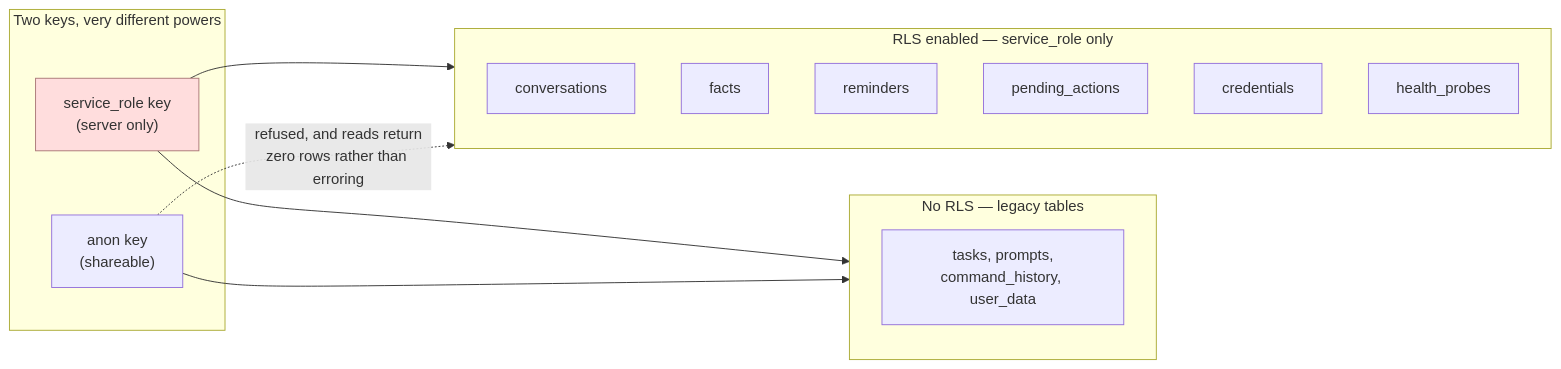
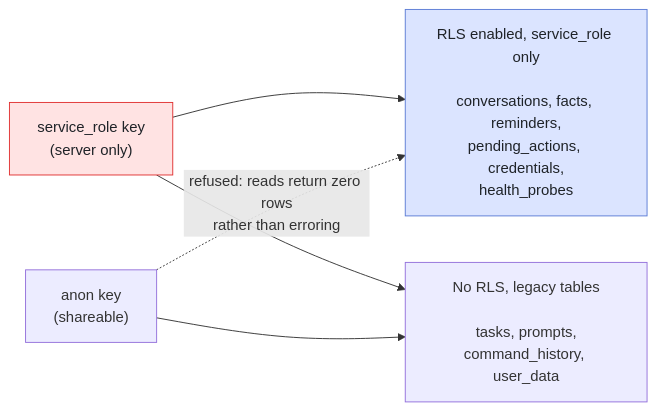
Before and after one commit to e1010101/my-helper: the eighth of 11 diagrams in docs/architecture.md, drawn with Mermaid. The commit also changed other lines of this file and 9 other files, not shown here.

First line of the commit message:
docs: add GitNexus guidance and correct architecture gaps

````diff
--- a/docs/architecture.md
+++ b/docs/architecture.md
@@ -395,28 +391,18 @@
 ```mermaid
 flowchart LR
-    subgraph Keys["Two keys, very different powers"]
-        Service["service_role key<br/>(server only)"]
-        Anon["anon key<br/>(shareable)"]
-    end
+    Service["service_role key<br/>(server only)"]
+    Anon["anon key<br/>(shareable)"]
 
-    subgraph Private["RLS enabled — service_role only"]
-        P1["conversations"]
-        P2["facts"]
-        P3["reminders"]
-        P4["pending_actions"]
-        P5["credentials"]
-        P6["health_probes"]
-    end
-
-    subgraph Open["No RLS — legacy tables"]
-        O1["tasks, prompts,<br/>command_history, user_data"]
-    end
+    Private["RLS enabled, service_role only<br/><br/>conversations, facts, reminders,<br/>pending_actions, credentials,<br/>health_probes"]
+    Open["No RLS, legacy tables<br/><br/>tasks, prompts,<br/>command_history, user_data"]
 
     Service --> Private
     Service --> Open
     Anon --> Open
-    Anon -.->|"refused, and reads return<br/>zero rows rather than erroring"| Private
+    Anon -.->|"refused: reads return zero rows<br/>rather than erroring"| Private
 
-    classDef danger fill:#fdd,stroke:#a77
+    classDef danger fill:#ffe3e3,stroke:#e03131,color:#1f2328
+    classDef private fill:#dbe4ff,stroke:#5b7bd5,color:#1f2328
     class Service danger
+    class Private private
 ```
````
